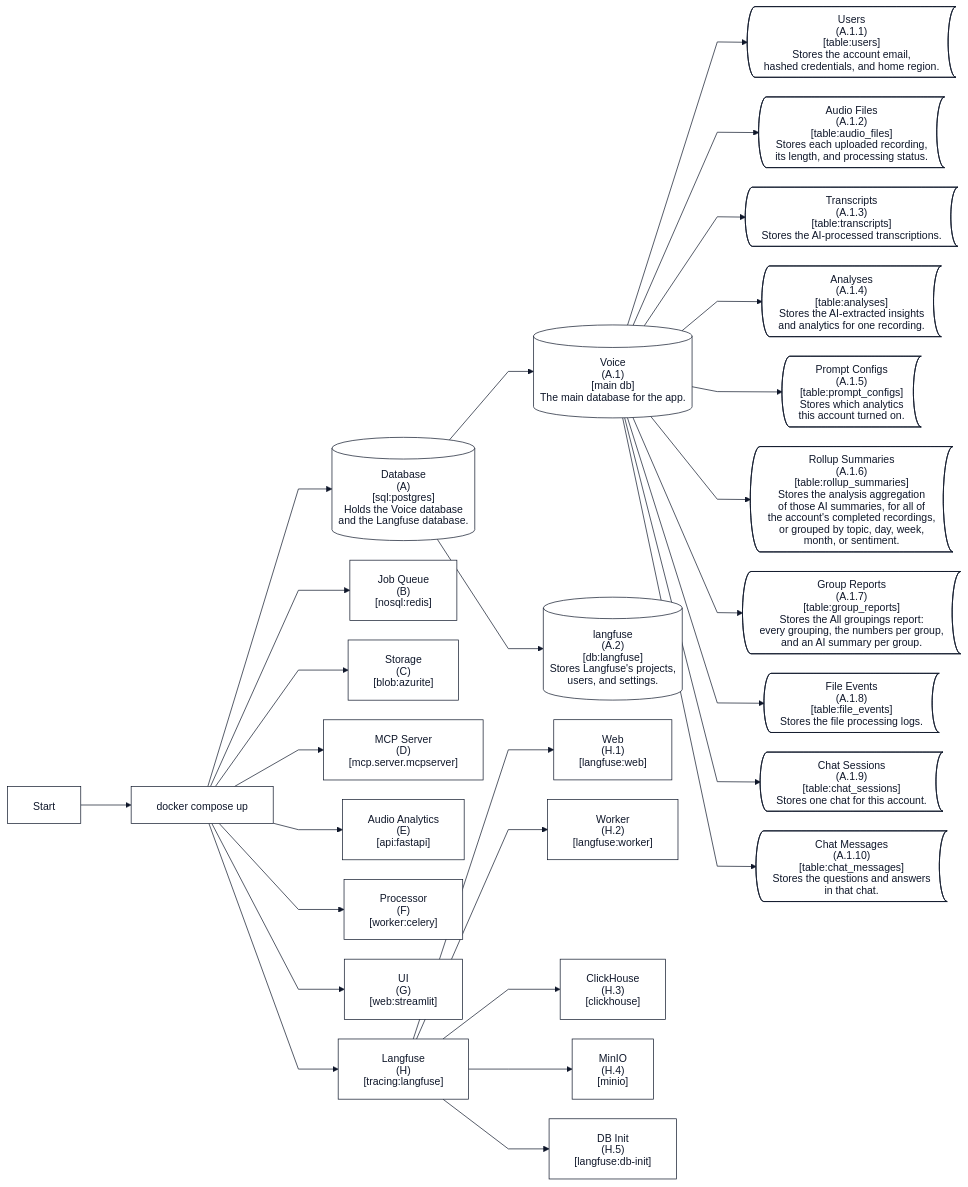
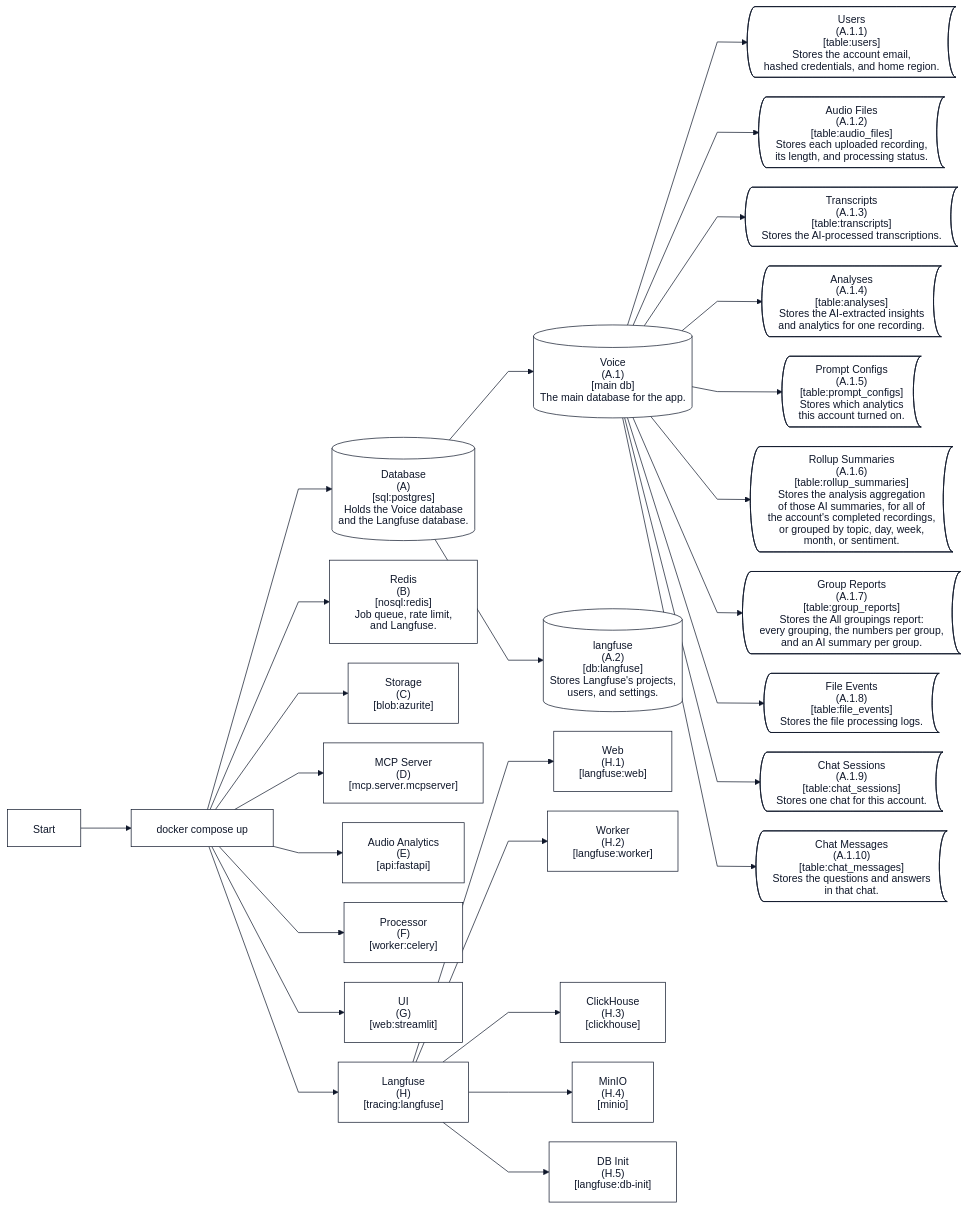
The second of 5 diagrams in docs/architecture.md (highprincezero/wn-voice-analytics), drawn with Mermaid before and after one commit. The commit also changed other lines of this file and 12 other files, not shown here.

```diff
--- a/docs/architecture.md
+++ b/docs/architecture.md
@@ -160,9 +162,11 @@
 [db:langfuse]
 Stores Langfuse's projects,
 users, and settings." }
-  Compose --> queue["Job Queue
+  Compose --> queue["Redis
 (B)
-[nosql:redis]"]
+[nosql:redis]
+Job queue, rate limit,
+and Langfuse."]
   Compose --> storage["Storage
 (C)
 [blob:azurite]"]
```
